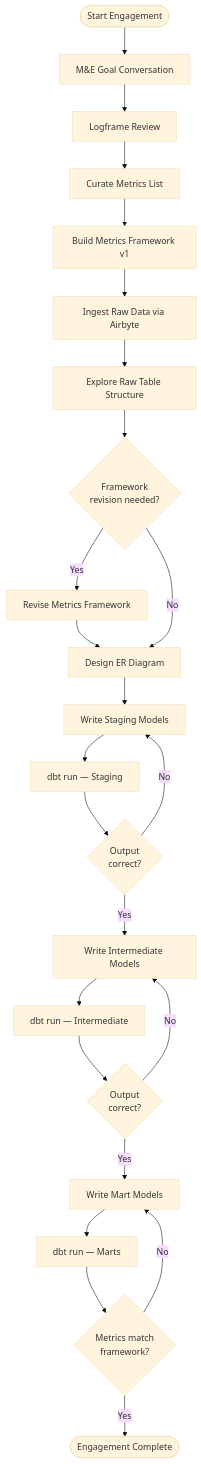
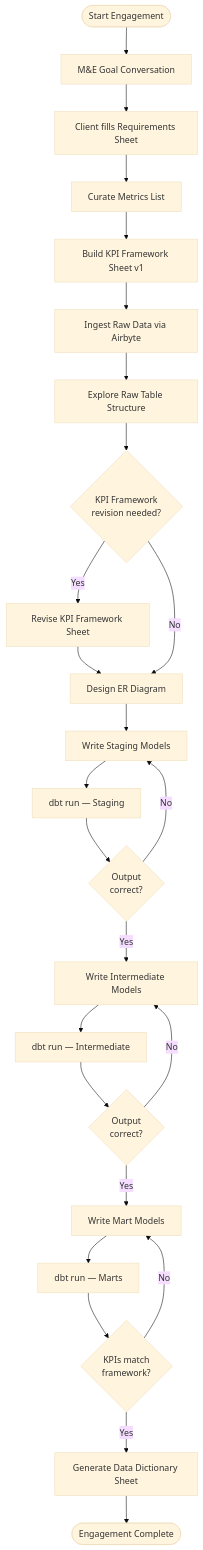
One commit to DalgoT4D/dalgo-core changed the first of 2 diagrams in workdocs/consulting/process.md. Above: the diagram before and after it, drawn with Mermaid (base theme). The commit also changed other lines of this file, not shown here.

Commit message:
made minor changes to consulting flow

````diff
--- a/workdocs/consulting/process.md
+++ b/workdocs/consulting/process.md
@@ -15,26 +21,27 @@
 ```mermaid
 flowchart TD
     A([Start Engagement]) --> B[M&E Goal Conversation]
-    B --> C[Logframe Review]
+    B --> C[Client fills Requirements Sheet]
     C --> D[Curate Metrics List]
-    D --> E[Build Metrics Framework v1]
+    D --> E[Build KPI Framework Sheet v1]
     E --> F[Ingest Raw Data via Airbyte]
     F --> G[Explore Raw Table Structure]
-    G --> H{Framework\nrevision needed?}
-    H -- Yes --> I[Revise Metrics Framework]
+    G --> H{KPI Framework\nrevision needed?}
+    H -- Yes --> I[Revise KPI Framework Sheet]
     I --> J[Design ER Diagram]
     H -- No --> J
     J --> K[Write Staging Models]
     K --> L[dbt run — Staging]
     L --> M{Output\ncorrect?}
     M -- No --> K
     M -- Yes --> N[Write Intermediate Models]
     N --> O[dbt run — Intermediate]
     O --> P{Output\ncorrect?}
     P -- No --> N
     P -- Yes --> Q[Write Mart Models]
     Q --> R[dbt run — Marts]
-    R --> S{Metrics match\nframework?}
+    R --> S{KPIs match\nframework?}
     S -- No --> Q
-    S -- Yes --> T([Engagement Complete])
+    S -- Yes --> T[Generate Data Dictionary Sheet]
+    T --> U([Engagement Complete])
 ```
````
